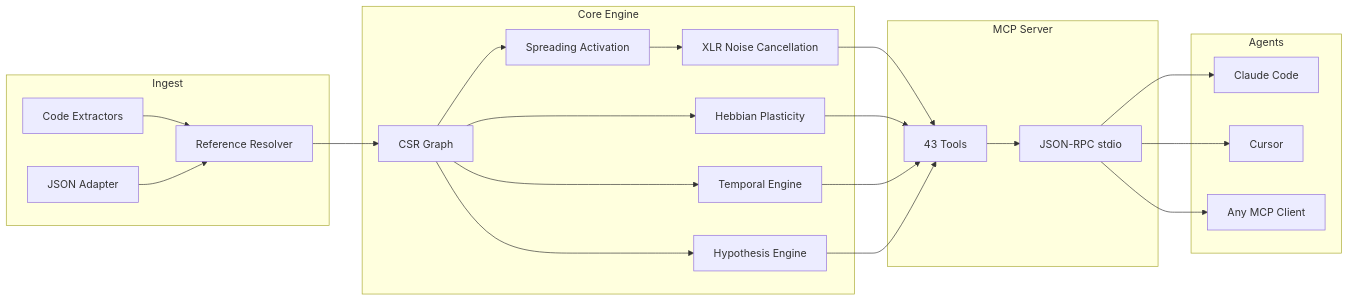
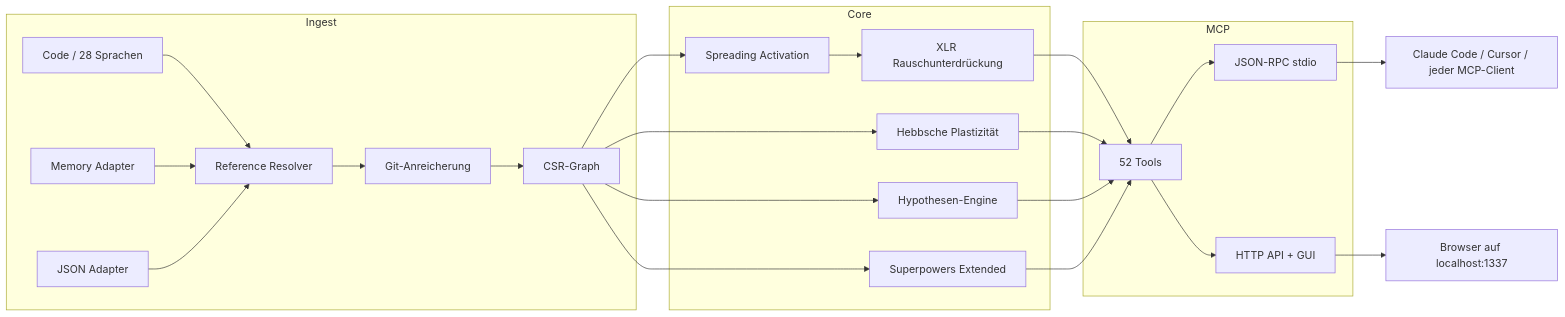
Before and after one commit to M1nd-Intelligence/m1nd: the diagram in README.de.md, drawn with Mermaid. The commit also changed other lines of this file and 6 other files, not shown here.

````diff
--- a/README.de.md
+++ b/README.de.md
@@ -236,27 +285,27 @@
 ```mermaid
 graph LR
     subgraph Ingest
-        A[Code Extractors] --> B[Reference Resolver]
-        C[JSON Adapter] --> B
+        A[Code / 28 Sprachen] --> R[Reference Resolver]
+        MA[Memory Adapter] --> R
+        JA[JSON Adapter] --> R
+        R --> GD[Git-Anreicherung]
+        GD --> G[CSR-Graph]
     end
-    subgraph Core Engine
-        B --> D[CSR Graph]
-        D --> E[Spreading Activation]
-        D --> F[Hebbian Plasticity]
-        D --> G[Temporal Engine]
-        D --> H[Hypothesis Engine]
-        E --> I[XLR Noise Cancellation]
+    subgraph Core
+        G --> SA[Spreading Activation]
+        G --> HP[Hebbsche Plastizität]
+        G --> HY[Hypothesen-Engine]
+        G --> SX[Superpowers Extended]
+        SA --> XLR[XLR Rauschunterdrückung]
     end
-    subgraph MCP Server
-        I --> J[43 Tools]
-        F --> J
-        G --> J
-        H --> J
-        J --> K[JSON-RPC stdio]
+    subgraph MCP
+        XLR --> T[52 Tools]
+        HP --> T
+        HY --> T
+        SX --> T
+        T --> IO[JSON-RPC stdio]
+        T --> HTTP[HTTP API + GUI]
     end
-    subgraph Agents
-        K --> L[Claude Code]
-        K --> M[Cursor]
-        K --> N[Any MCP Client]
-    end
+    IO --> C[Claude Code / Cursor / jeder MCP-Client]
+    HTTP --> B[Browser auf localhost:1337]
 ```
````
